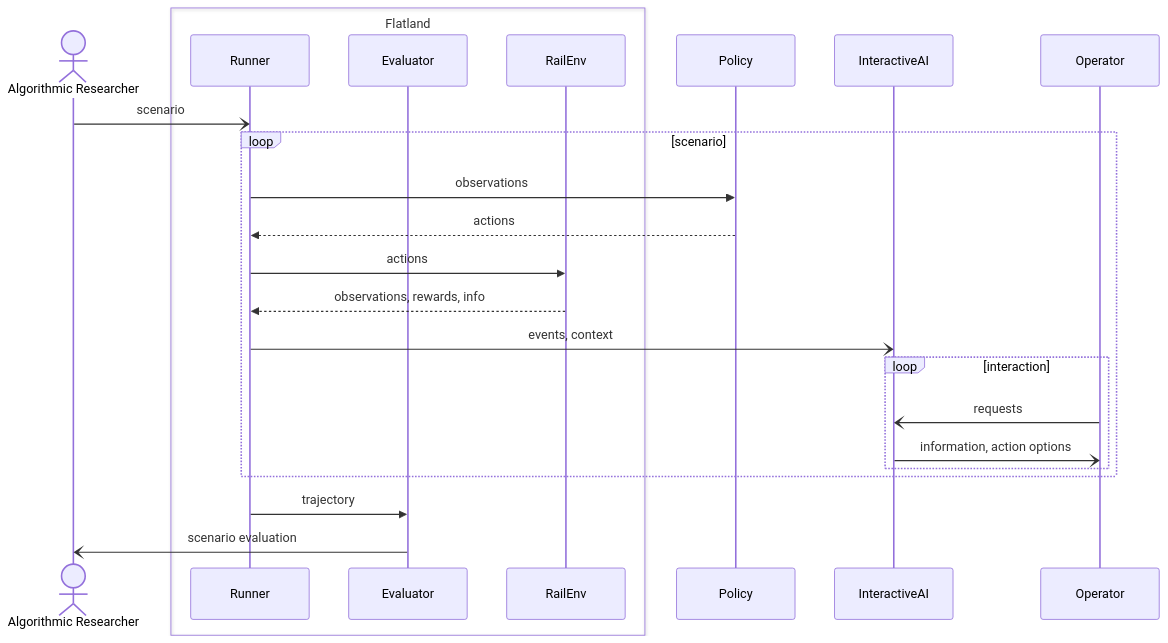
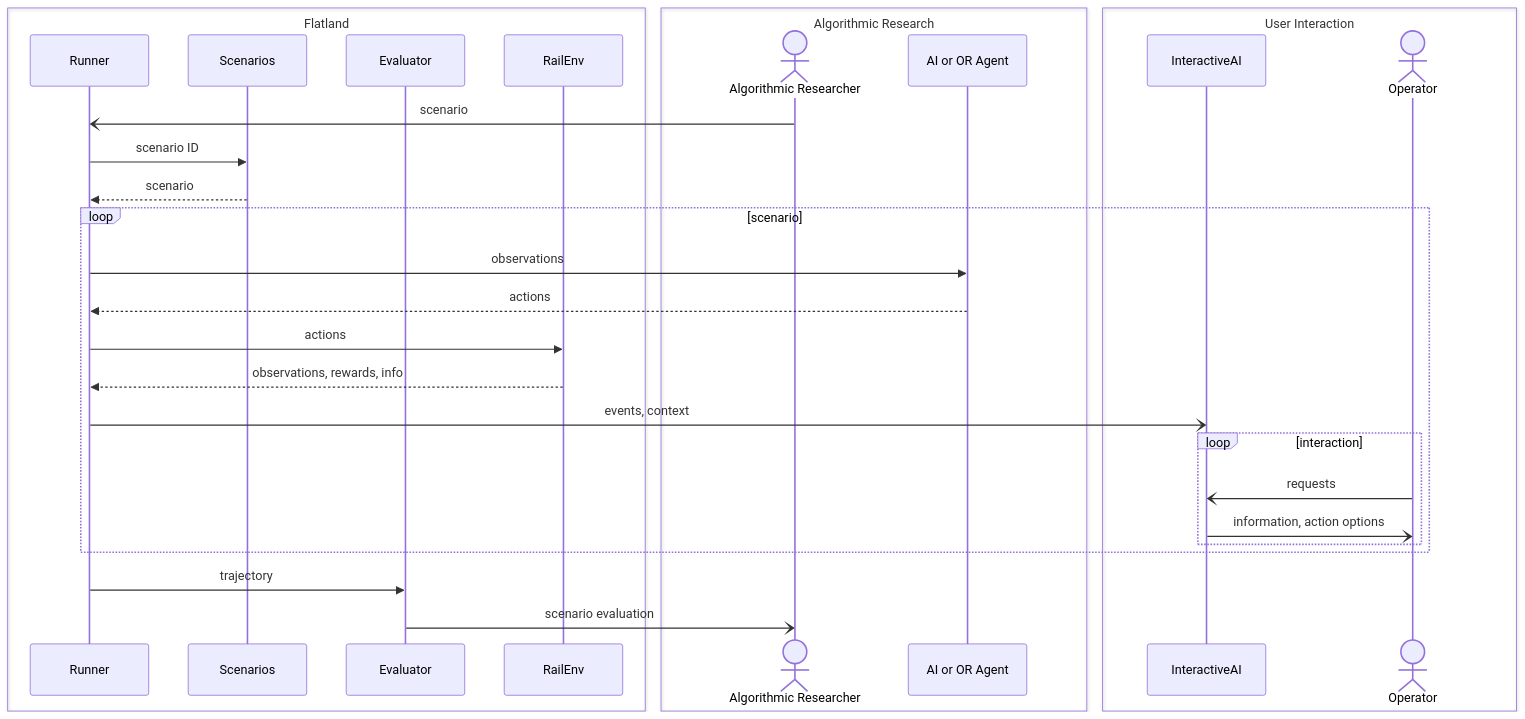
The second of 5 diagrams in key-concepts/key_concepts.md (flatland-association/flatland-book), drawn with Mermaid before and after one commit. The commit also changed other lines of this file and 30 other files, not shown here.

````diff
--- a/key-concepts/key_concepts.md
+++ b/key-concepts/key_concepts.md
@@ -5,26 +55,46 @@
 ```mermaid
 sequenceDiagram
+    participant Runner
+    participant Scenarios
+    participant Evaluator
+    participant RailEnv
     actor Algorithmic Researcher
+    participant AI or OR Agent
+    participant InteractiveAI
+    actor Operator
+
     box Flatland
         participant Runner
         participant Evaluator
         participant RailEnv
+        participant Scenarios
+    end
 
+    box Algorithmic Research
+        participant Algorithmic Researcher
+        participant AI or OR Agent
+    end
+
+    box User Interaction
+        participant InteractiveAI
+        participant Operator
     end
 
     Algorithmic Researcher -) Runner: scenario
+    Runner ->> Scenarios: scenario ID
+    Scenarios -->> Runner: scenario
     loop scenario
-        Runner ->> Policy: observations
-        Policy -->> Runner: actions
+        Runner ->> AI or OR Agent: observations
+        AI or OR Agent -->> Runner: actions
         Runner ->> RailEnv: actions
         RailEnv -->> Runner: observations, rewards, info
         Runner -) InteractiveAI: events, context
         loop interaction
             Operator -) InteractiveAI: requests
             InteractiveAI -) Operator: information, action options
         end
     end
-    actor Operator
+
     Runner ->> Evaluator: trajectory
     Evaluator -) Algorithmic Researcher: scenario evaluation
 ```
````
